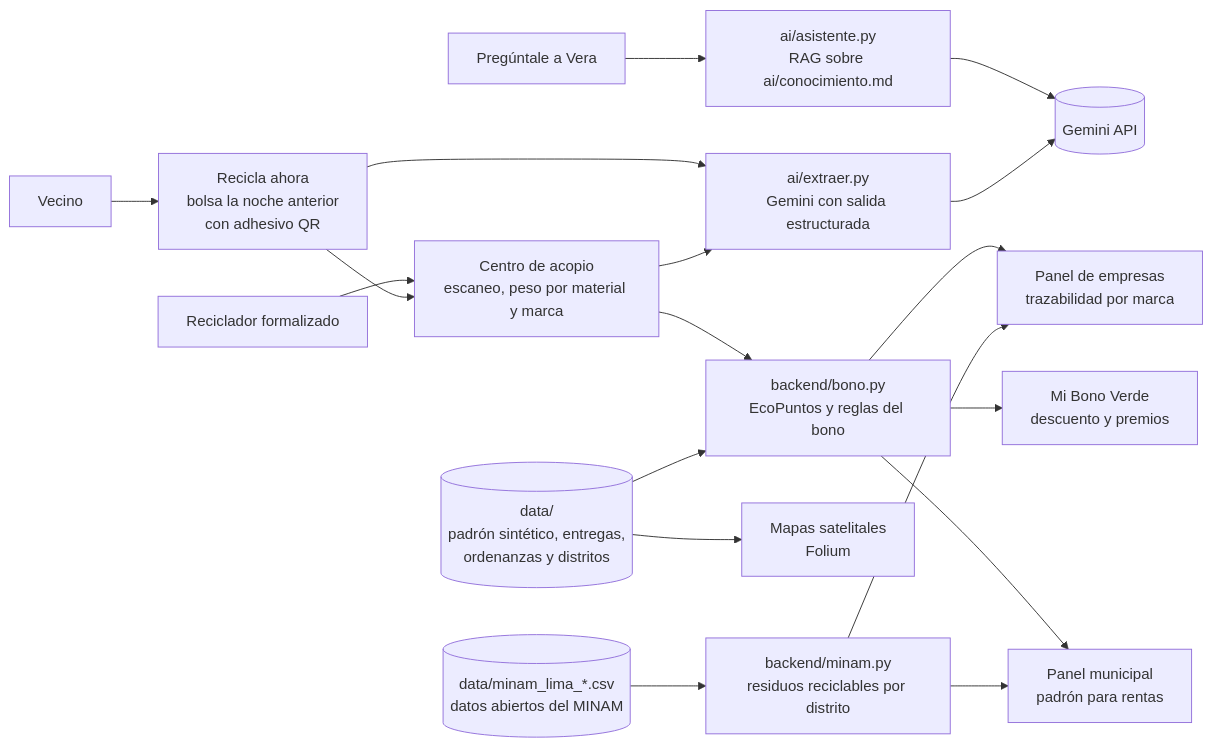
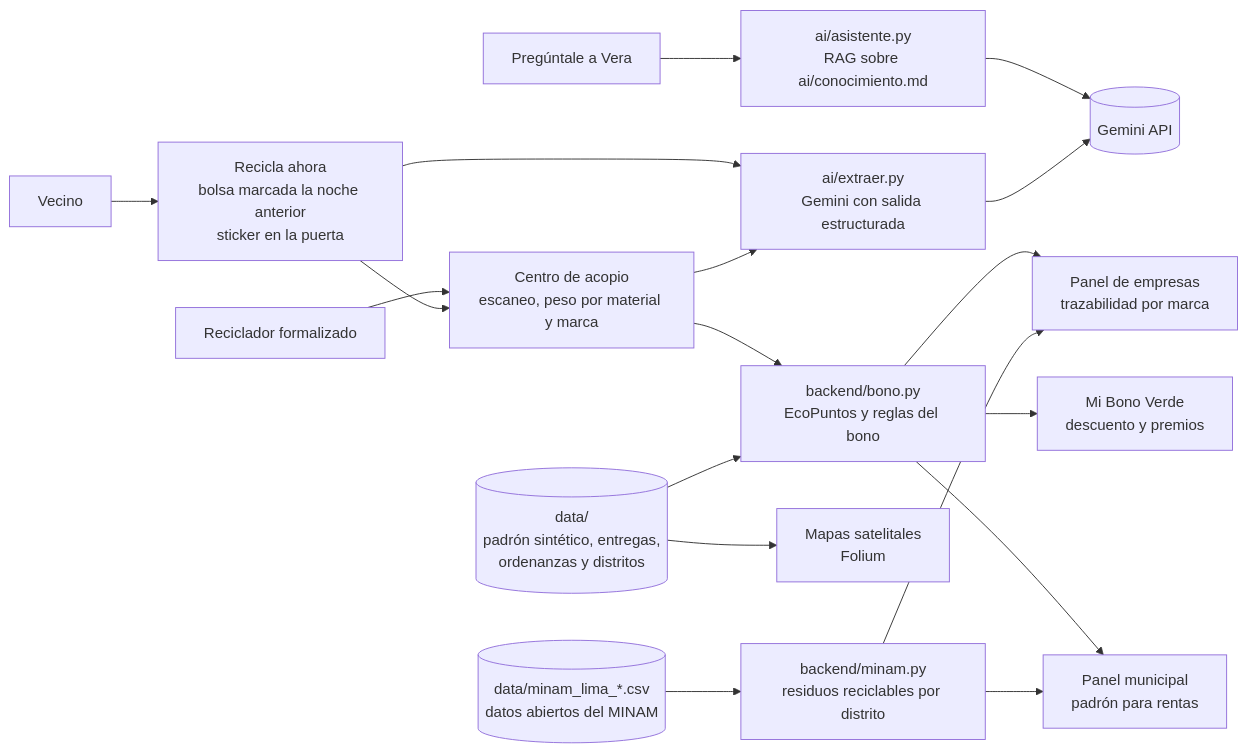
Before and after one commit to anakaren-zl/minka: the diagram in README.md, drawn with Mermaid. The commit also changed other lines of this file and 1 other file, not shown here.

Commit message:
README con sticker de puerta y bodegas aliadas

````diff
--- a/README.md
+++ b/README.md
@@ -286,20 +286,20 @@
 ```mermaid
 flowchart LR
-    V["Vecino"] --> R["Recicla ahora<br/>bolsa la noche anterior<br/>con adhesivo QR"]
+    V["Vecino"] --> R["Recicla ahora<br/>bolsa marcada la noche anterior<br/>sticker en la puerta"]
     RE["Reciclador formalizado"] --> VA["Centro de acopio<br/>escaneo, peso por material y marca"]
     R --> VA
     VA --> B["backend/bono.py<br/>EcoPuntos y reglas del bono"]
     B --> M["Panel municipal<br/>padrón para rentas"]
     B --> E["Panel de empresas<br/>trazabilidad por marca"]
     B --> MB["Mi Bono Verde<br/>descuento y premios"]
     R --> X["ai/extraer.py<br/>Gemini con salida estructurada"]
     VA --> X
     VE["Pregúntale a Vera"] --> RAG["ai/asistente.py<br/>RAG sobre ai/conocimiento.md"]
     RAG --> G[("Gemini API")]
     X --> G
     D[("data/<br/>padrón sintético, entregas,<br/>ordenanzas y distritos")] --> B
     D --> MAP["Mapas satelitales<br/>Folium"]
     MN[("data/minam_lima_*.csv<br/>datos abiertos del MINAM")] --> MI["backend/minam.py<br/>residuos reciclables por distrito"]
     MI --> M
     MI --> E
 ```
````
